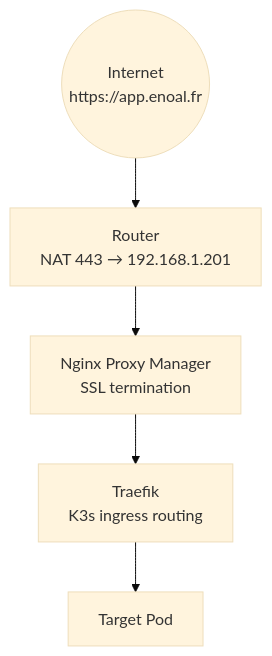
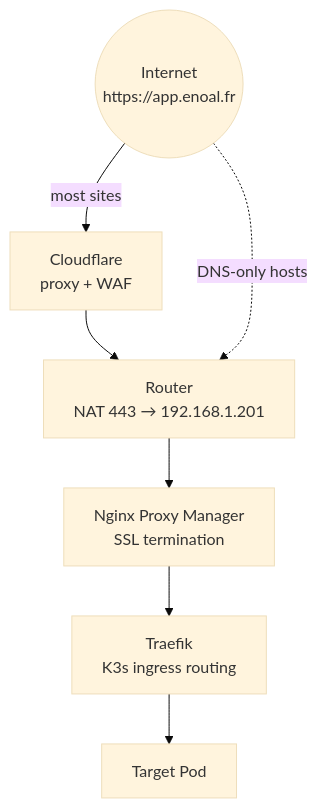
Before and after one commit to Enoal-Fauchille-Bolle/Astra-ops: the second of 2 diagrams in README.md, drawn with Mermaid (base theme). The commit also changed other lines of this file, not shown here.

Commit message:
📝 [Docs] Show Cloudflare in the README diagrams

````diff
--- a/README.md
+++ b/README.md
@@ -92,10 +94,13 @@
 ```mermaid
 flowchart TD
     INET((Internet\nhttps://app.enoal.fr))
+    CF[Cloudflare\nproxy + WAF]
     ROUTER[Router\nNAT 443 → 192.168.1.201]
     NPM[Nginx Proxy Manager\nSSL termination]
     TRAEFIK[Traefik\nK3s ingress routing]
     POD[Target Pod]
 
-    INET --> ROUTER --> NPM --> TRAEFIK --> POD
+    INET -->|most sites| CF --> ROUTER
+    INET -.->|DNS-only hosts| ROUTER
+    ROUTER --> NPM --> TRAEFIK --> POD
 ```
````
